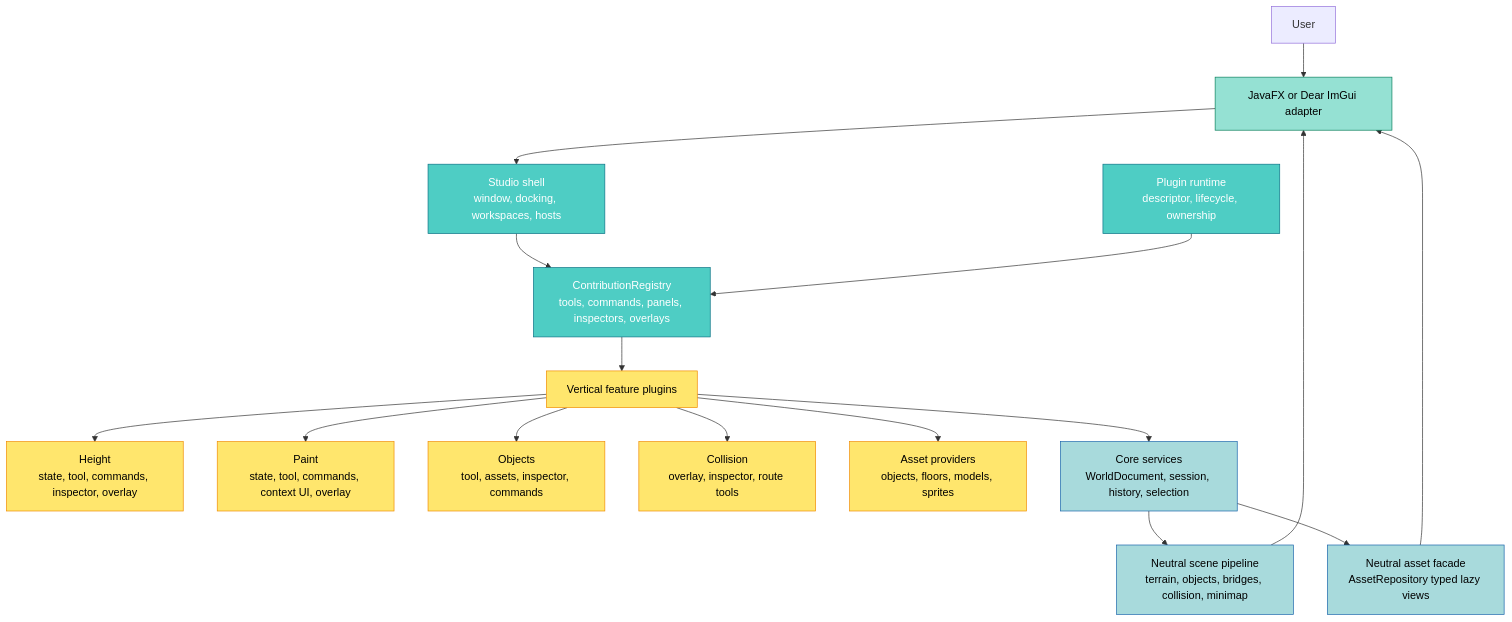
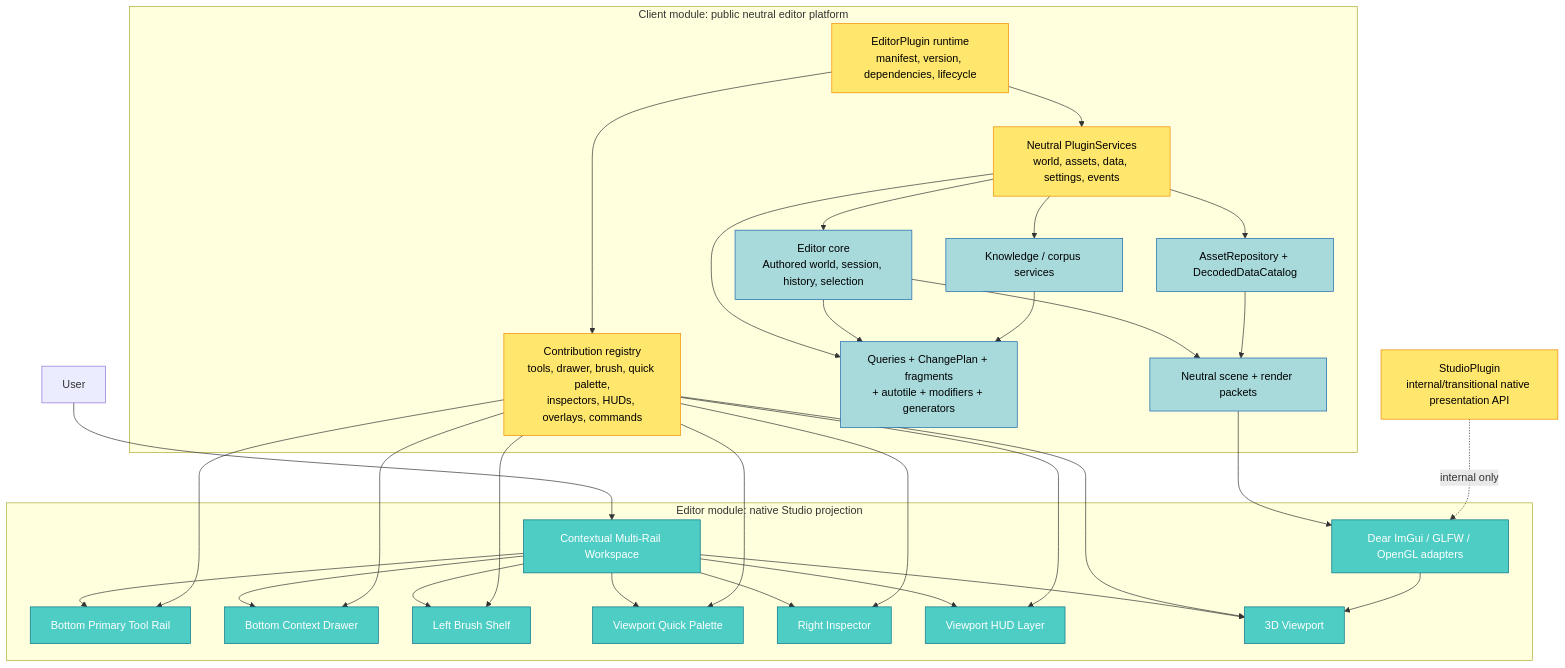
Before and after one commit to Neosback/rspsi: the diagram in docs/diagrams/plugin-architecture.mmd, drawn with Mermaid.

Commit message:
Align plugin architecture diagram with workspace contract

```diff
--- a/docs/diagrams/plugin-architecture.mmd
+++ b/docs/diagrams/plugin-architecture.mmd
@@ -1,25 +1,63 @@
 flowchart TB
-    User[User] --> Frontend[JavaFX or Dear ImGui adapter]
-    Frontend --> Shell[Studio shell\nwindow, docking, workspaces, hosts]
-    Shell --> Contributions[ContributionRegistry\ntools, commands, panels, inspectors, overlays]
-    Runtime[Plugin runtime\ndescriptor, lifecycle, ownership] --> Contributions
-    Contributions --> Features[Vertical feature plugins]
-    Features --> Height[Height\nstate, tool, commands, inspector, overlay]
-    Features --> Paint[Paint\nstate, tool, commands, context UI, overlay]
-    Features --> Objects[Objects\ntool, assets, inspector, commands]
-    Features --> Collision[Collision\noverlay, inspector, route tools]
-    Features --> Assets[Asset providers\nobjects, floors, models, sprites]
-    Features --> Core[Core services\nWorldDocument, session, history, selection]
-    Core --> Scene[Neutral scene pipeline\nterrain, objects, bridges, collision, minimap]
-    Core --> Store[Neutral asset facade\nAssetRepository typed lazy views]
-    Scene --> Frontend
-    Store --> Frontend
+    User[User] --> Workspace[Contextual Multi-Rail Workspace]
 
-    classDef shell fill:#4ECDC4,stroke:#0B7285,color:#fff
+    subgraph Studio["Editor module: native Studio projection"]
+        Workspace --> ToolRail[Bottom Primary Tool Rail]
+        Workspace --> Drawer[Bottom Context Drawer]
+        Workspace --> BrushShelf[Left Brush Shelf]
+        Workspace --> QuickPalette[Viewport Quick Palette]
+        Workspace --> Inspector[Right Inspector]
+        Workspace --> HudLayer[Viewport HUD Layer]
+        Workspace --> Viewport[3D Viewport]
+        NativeAdapter[Dear ImGui / GLFW / OpenGL adapters]
+    end
+
+    subgraph Client["Client module: public neutral editor platform"]
+        PluginRuntime[EditorPlugin runtime
+manifest, version, dependencies, lifecycle]
+        PluginServices[Neutral PluginServices
+world, assets, data, settings, events]
+        Contributions[Contribution registry
+tools, drawer, brush, quick palette,
+inspectors, HUDs, overlays, commands]
+        Core[Editor core
+Authored world, session, history, selection]
+        Plans[Queries + ChangePlan + fragments
++ autotile + modifiers + generators]
+        Assets[AssetRepository + DecodedDataCatalog]
+        Knowledge[Knowledge / corpus services]
+        Scene[Neutral scene + render packets]
+    end
+
+    PluginRuntime --> PluginServices
+    PluginRuntime --> Contributions
+    PluginServices --> Core
+    PluginServices --> Plans
+    PluginServices --> Assets
+    PluginServices --> Knowledge
+
+    Contributions --> ToolRail
+    Contributions --> Drawer
+    Contributions --> BrushShelf
+    Contributions --> QuickPalette
+    Contributions --> Inspector
+    Contributions --> HudLayer
+    Contributions --> Viewport
+
+    Core --> Plans
+    Core --> Scene
+    Assets --> Scene
+    Knowledge --> Plans
+    Scene --> NativeAdapter
+    NativeAdapter --> Viewport
+
+    InternalStudioPlugin[StudioPlugin
+internal/transitional native presentation API]
+    InternalStudioPlugin -. internal only .-> NativeAdapter
+
+    classDef native fill:#4ECDC4,stroke:#0B7285,color:#fff
     classDef plugin fill:#FFE66D,stroke:#F08C00,color:#000
     classDef core fill:#A8DADC,stroke:#1864AB,color:#000
-    classDef frontend fill:#95E1D3,stroke:#087F5B,color:#000
-    class Frontend frontend
-    class Shell,Contributions,Runtime shell
-    class Features,Height,Paint,Objects,Collision,Assets plugin
-    class Core,Scene,Store core
+    class Workspace,ToolRail,Drawer,BrushShelf,QuickPalette,Inspector,HudLayer,Viewport,NativeAdapter native
+    class PluginRuntime,PluginServices,Contributions,InternalStudioPlugin plugin
+    class Core,Plans,Assets,Knowledge,Scene core
```
